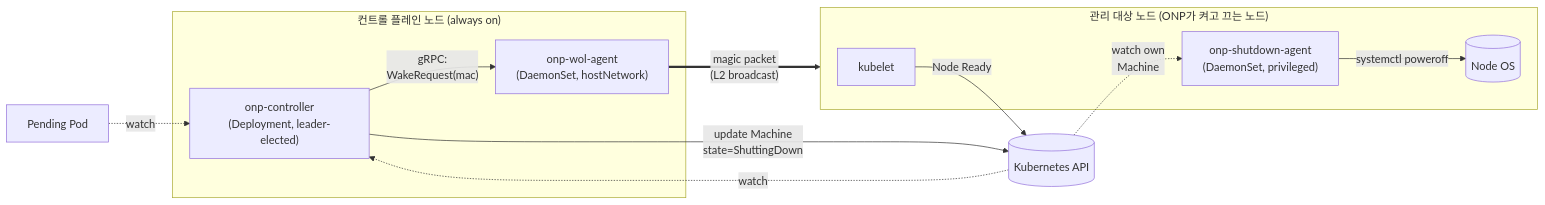
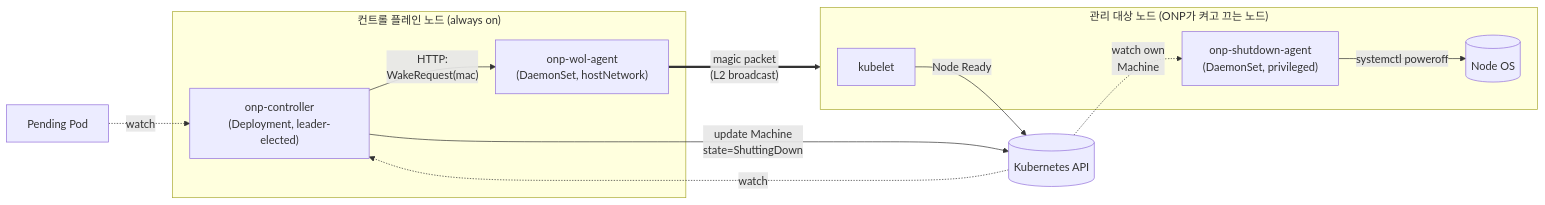
One commit to zzzinho/on-prem-node-provisioner changed the second of 5 diagrams in docs/DESIGN.md. Above: the diagram before and after it, drawn with Mermaid. The commit also changed other lines of this file and 1 other file, not shown here.

````diff
--- a/docs/DESIGN.md
+++ b/docs/DESIGN.md
@@ -125,26 +125,26 @@
 ```mermaid
 flowchart LR
     Pod[Pending Pod]
 
     subgraph CP["컨트롤 플레인 노드 (always on)"]
         Ctrl["onp-controller<br/>(Deployment, leader-elected)"]
         WoL["onp-wol-agent<br/>(DaemonSet, hostNetwork)"]
     end
 
     subgraph MN["관리 대상 노드 (ONP가 켜고 끄는 노드)"]
         Kubelet[kubelet]
         Shut["onp-shutdown-agent<br/>(DaemonSet, privileged)"]
         OS[("Node OS")]
     end
 
     API[(Kubernetes API)]
 
     Pod -.->|watch| Ctrl
-    Ctrl -->|"gRPC:<br/>WakeRequest(mac)"| WoL
+    Ctrl -->|"HTTP:<br/>WakeRequest(mac)"| WoL
     WoL ==>|"magic packet<br/>(L2 broadcast)"| MN
     Kubelet -->|Node Ready| API
     API -.->|watch| Ctrl
     Ctrl -->|"update Machine<br/>state=ShuttingDown"| API
     API -.->|"watch own<br/>Machine"| Shut
     Shut -->|systemctl poweroff| OS
 ```
````
